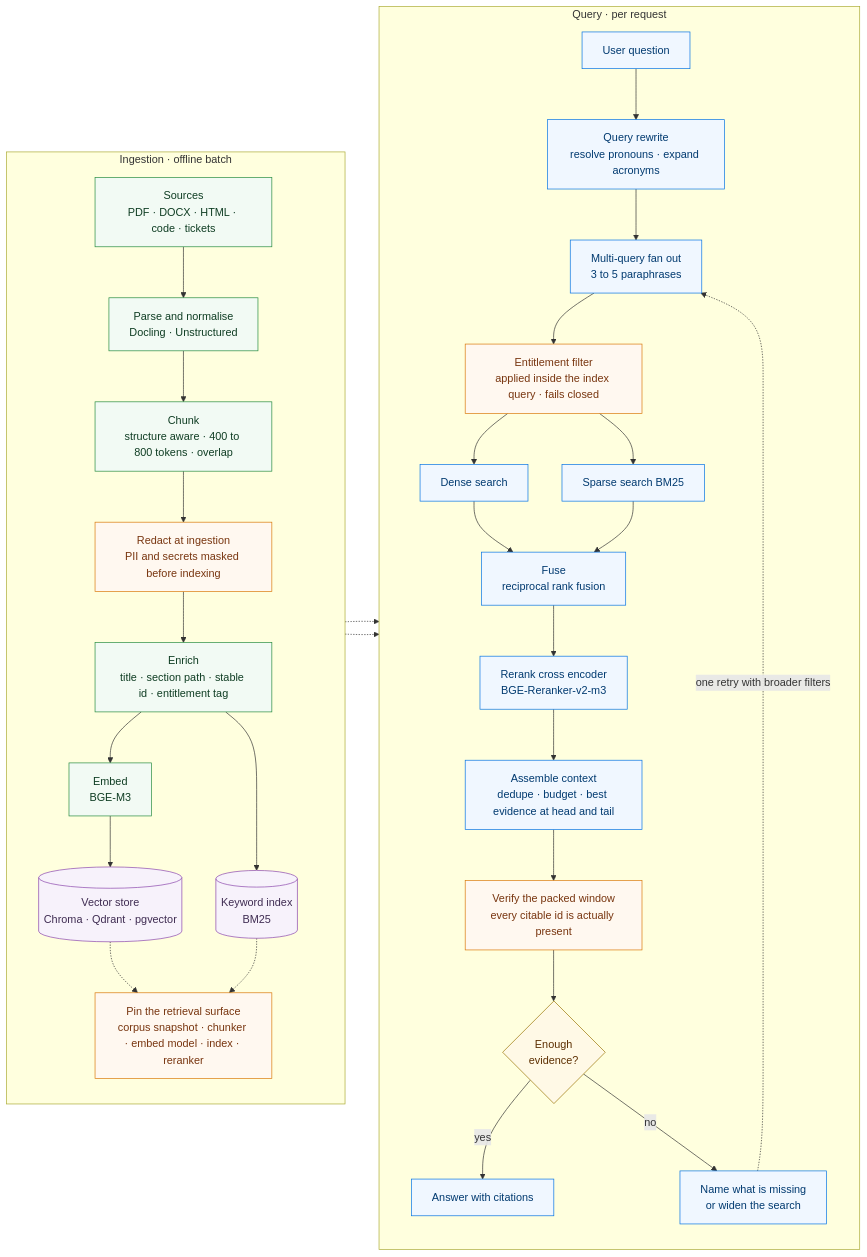
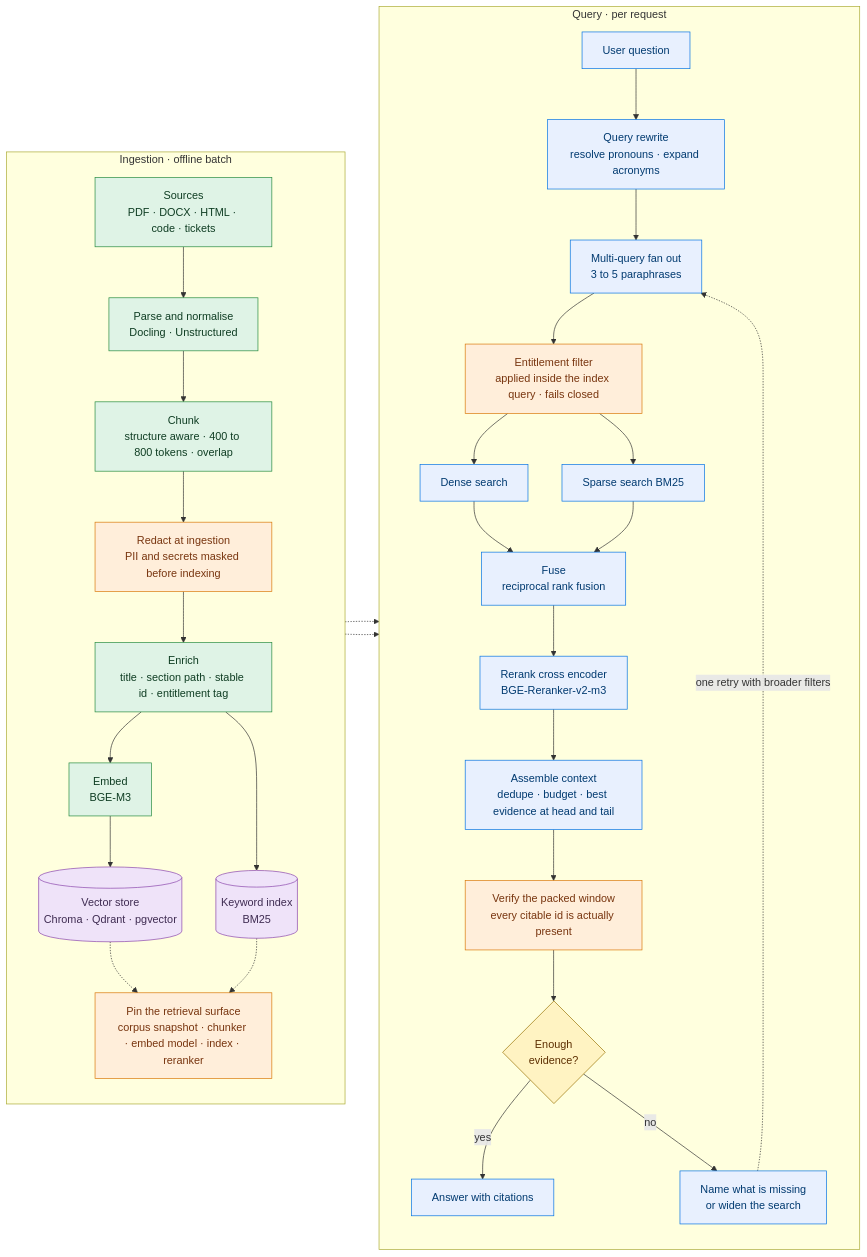
Before and after one commit to mlvpatel/open-weight-agent-stack: the fifth of 18 diagrams in MANUAL.md, drawn with Mermaid. The commit also changed other lines of this file and 36 other files, not shown here.

First line of the commit message:
feat: render diagrams on Pages, richer palette

````diff
--- a/MANUAL.md
+++ b/MANUAL.md
@@ -532,61 +532,61 @@
 ```mermaid
 flowchart LR
     subgraph ING["Ingestion · offline batch"]
         direction TB
         I1["Sources<br/>PDF · DOCX · HTML · code · tickets"]
         I2["Parse and normalise<br/>Docling · Unstructured"]
         I3["Chunk<br/>structure aware · 400 to 800 tokens · overlap"]
         IR["Redact at ingestion<br/>PII and secrets masked before indexing"]
         I4["Enrich<br/>title · section path · stable id · entitlement tag"]
         I5["Embed<br/>BGE-M3"]
         I6[("Vector store<br/>Chroma · Qdrant · pgvector")]
         I7[("Keyword index<br/>BM25")]
         IV["Pin the retrieval surface<br/>corpus snapshot · chunker · embed model · index · reranker"]
     end
 
     subgraph QRY["Query · per request"]
         direction TB
         Q1["User question"]
         Q2["Query rewrite<br/>resolve pronouns · expand acronyms"]
         Q3["Multi-query fan out<br/>3 to 5 paraphrases"]
         QE["Entitlement filter<br/>applied inside the index query · fails closed"]
         Q4["Dense search"]
         Q5["Sparse search BM25"]
         Q6["Fuse<br/>reciprocal rank fusion"]
         Q7["Rerank cross encoder<br/>BGE-Reranker-v2-m3"]
         Q8["Assemble context<br/>dedupe · budget · best evidence at head and tail"]
         QV["Verify the packed window<br/>every citable id is actually present"]
         Q9{"Enough<br/>evidence?"}
         Q10["Answer with citations"]
         Q11["Name what is missing<br/>or widen the search"]
     end
 
     I1 --> I2 --> I3 --> IR --> I4 --> I5 --> I6
     I4 --> I7
     I6 -.-> IV
     I7 -.-> IV
 
     Q1 --> Q2 --> Q3 --> QE
     QE --> Q4
     QE --> Q5
     I6 -.-> Q4
     I7 -.-> Q5
     Q4 --> Q6
     Q5 --> Q6
     Q6 --> Q7 --> Q8 --> QV --> Q9
     Q9 -->|yes| Q10
     Q9 -->|no| Q11
     Q11 -.->|one retry with broader filters| Q3
 
-    classDef ingest fill:#f2faf4,stroke:#248a3d,color:#0f3d23
-    classDef query fill:#f0f7ff,stroke:#0071e3,color:#003a70
-    classDef store fill:#f7f2fb,stroke:#8944ab,color:#3f2c52
-    classDef decision fill:#fff9e6,stroke:#997404,color:#5c2e00
-    classDef control fill:#fff8f0,stroke:#d97706,color:#78350f
+    classDef ingest fill:#dff3e6,stroke:#248a3d,color:#0f3d23
+    classDef query fill:#e8f0fe,stroke:#0071e3,color:#003a70
+    classDef store fill:#efe3f9,stroke:#8944ab,color:#3f2c52
+    classDef decision fill:#fff3c2,stroke:#997404,color:#5c2e00
+    classDef control fill:#ffeeda,stroke:#d97706,color:#78350f
 
     class I1,I2,I3,I4,I5 ingest
     class I6,I7 store
     class Q1,Q2,Q3,Q4,Q5,Q6,Q7,Q8,Q10,Q11 query
     class Q9 decision
     class IR,IV,QE,QV control
 ```
````
